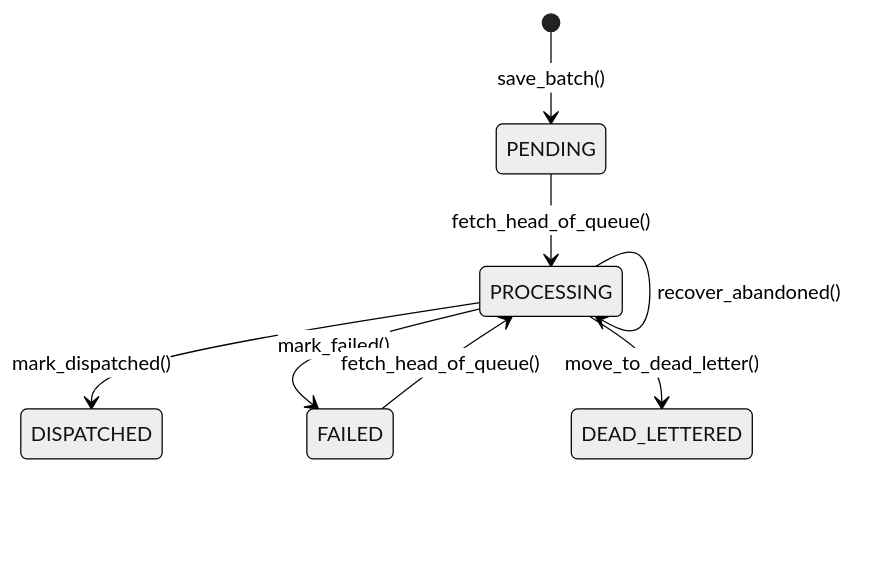
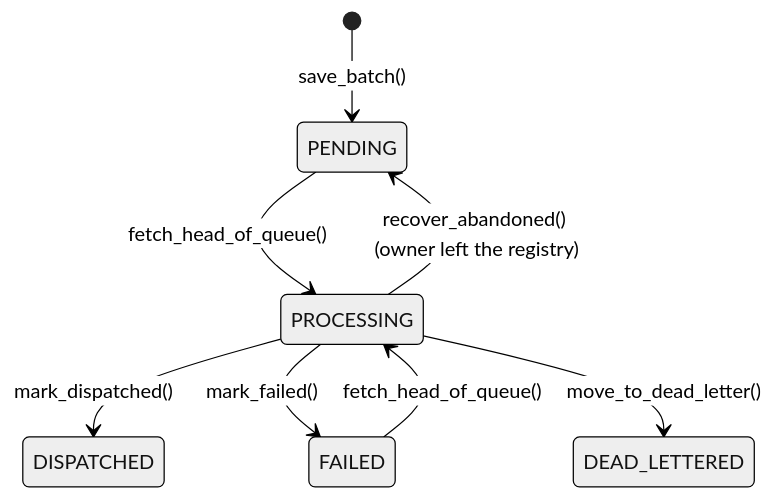
The second of 2 diagrams in docs/features/messaging/outbox.md (waku-py/waku), drawn with Mermaid (neutral theme) before and after one commit. The commit also changed other lines of this file and 84 other files, not shown here.

````diff
--- a/docs/features/messaging/outbox.md
+++ b/docs/features/messaging/outbox.md
@@ -156,10 +156,10 @@
 ```mermaid
 stateDiagram-v2
     [*] --> PENDING: save_batch()
     PENDING --> PROCESSING: fetch_head_of_queue()
     PROCESSING --> DISPATCHED: mark_dispatched()
     PROCESSING --> FAILED: mark_failed()
     FAILED --> PROCESSING: fetch_head_of_queue()
     PROCESSING --> DEAD_LETTERED: move_to_dead_letter()
-    PROCESSING --> PROCESSING: recover_abandoned()
+    PROCESSING --> PENDING: recover_abandoned() (owner left the registry)
 ```
````
